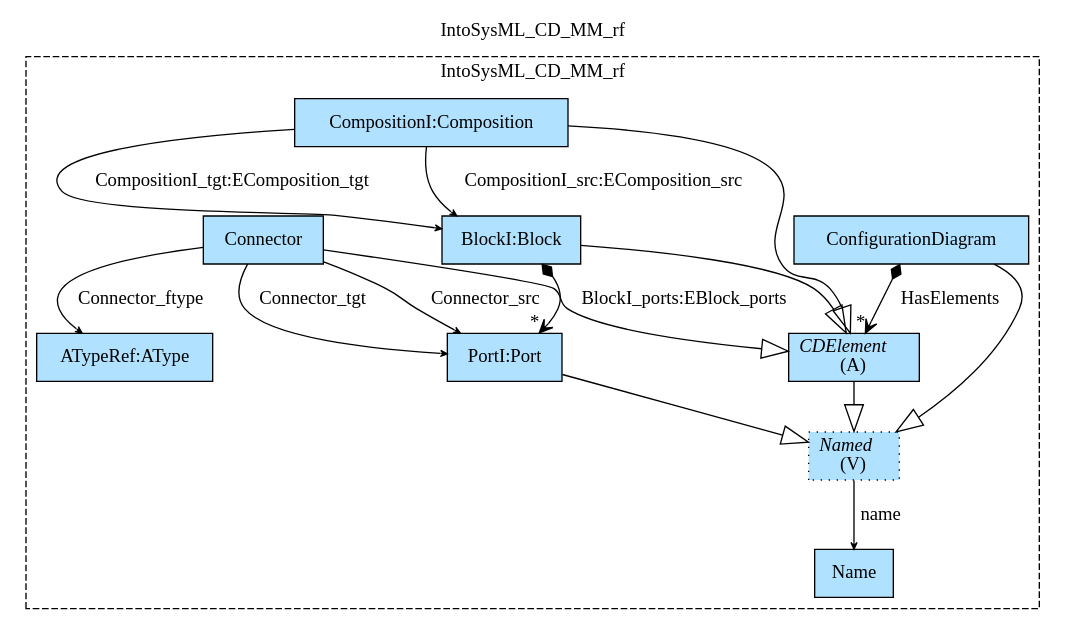
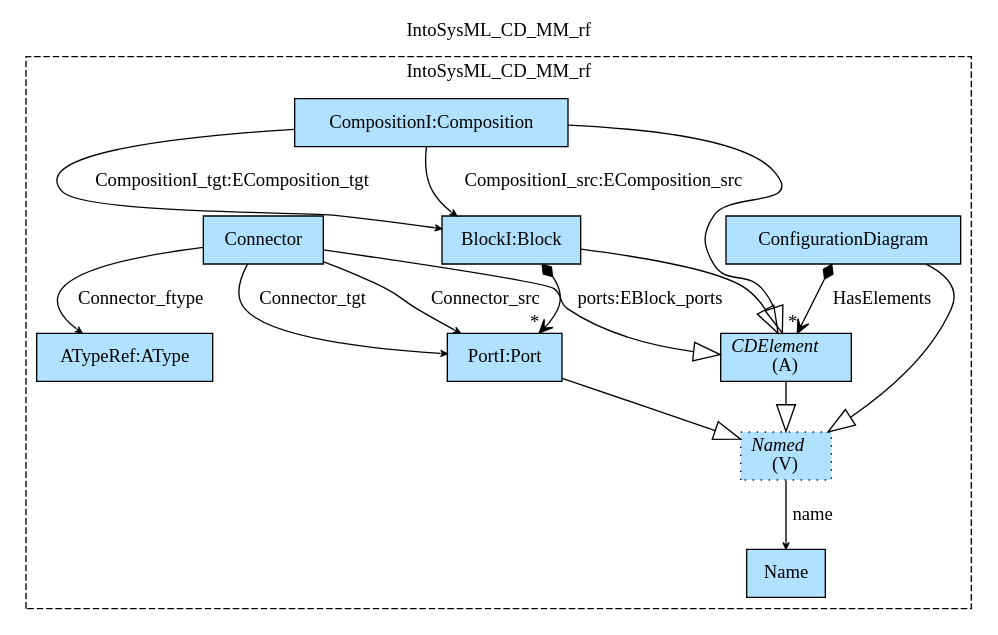
The diagram in Haskell/IntoSysML/MM/img/IntoSysML_CD_MM_rf.gv (namalio/Fragmenta), drawn with Graphviz before and after one commit. The commit also changed 11 other files, not shown here.

```diff
--- a/Haskell/IntoSysML/MM/img/IntoSysML_CD_MM_rf.gv
+++ b/Haskell/IntoSysML/MM/img/IntoSysML_CD_MM_rf.gv
@@ -1,29 +1,29 @@
 digraph {graph[label=IntoSysML_CD_MM_rf,labelloc=tl,labelfontsize=12];
 subgraph cluster_IntoSysML_CD_MM_rf{style=dashed;label=IntoSysML_CD_MM_rf;
 "ConfigurationDiagram"[shape=record,fillcolor=lightskyblue1,style = filled,label="ConfigurationDiagram"];
 "CDElement"[shape=record,fillcolor=lightskyblue1,style = filled,label=<{<I>CDElement</I><br/>(A)}>];
 "CompositionI"[shape=record,fillcolor=lightskyblue1,style = filled,label="CompositionI:Composition"];
 "BlockI"[shape=record,fillcolor=lightskyblue1,style = filled,label="BlockI:Block"];
 "Connector"[shape=record,fillcolor=lightskyblue1,style = filled,label="Connector"];
 "ATypeRef"[shape=record,fillcolor=lightskyblue1,style = filled,label="ATypeRef:AType"];
 "PortI"[shape=record,fillcolor=lightskyblue1,style = filled,label="PortI:Port"];
 "Named"[shape=record,fillcolor=lightskyblue1,style ="filled,dotted",label=<{<I>Named</I><br/>(V)}>];
 "Name"[shape=record,fillcolor=lightskyblue1,style = filled,label="Name"];
 
 "Named"->"Name"[label="name",arrowhead=vee,headlabel="",arrowsize=.5];
-"BlockI"->"PortI"[label="BlockI_ports:EBlock_ports",arrowhead=vee,arrowtail=diamond,dir=both,headlabel="*"];
+"BlockI"->"PortI"[label="ports:EBlock_ports",arrowhead=vee,arrowtail=diamond,dir=both,headlabel="*"];
 "PortI"->"Named"[arrowhead=onormal,arrowsize=2.0];
 "Connector"->"PortI"[label="Connector_src",arrowhead=vee,headlabel="",arrowsize=.5];
 "Connector"->"PortI"[label="Connector_tgt",arrowhead=vee,headlabel="",arrowsize=.5];
 "CompositionI"->"BlockI"[label="CompositionI_tgt:EComposition_tgt",arrowhead=vee,headlabel="",arrowsize=.5];
 "CompositionI"->"BlockI"[label="CompositionI_src:EComposition_src",arrowhead=vee,headlabel="",arrowsize=.5];
 "Connector"->"ATypeRef"[label="Connector_ftype",arrowhead=vee,headlabel="",arrowsize=.5];
 "ConfigurationDiagram"->"CDElement"[label="HasElements",arrowhead=vee,arrowtail=diamond,dir=both,headlabel="*"];
 "Connector"->"CDElement"[arrowhead=onormal,arrowsize=2.0];
 "BlockI"->"CDElement"[arrowhead=onormal,arrowsize=2.0];
 "CompositionI"->"CDElement"[arrowhead=onormal,arrowsize=2.0];
 "CDElement"->"Named"[arrowhead=onormal,arrowsize=2.0];
 "ConfigurationDiagram"->"Named"[arrowhead=onormal,arrowsize=2.0];
 
 }
 }
```
